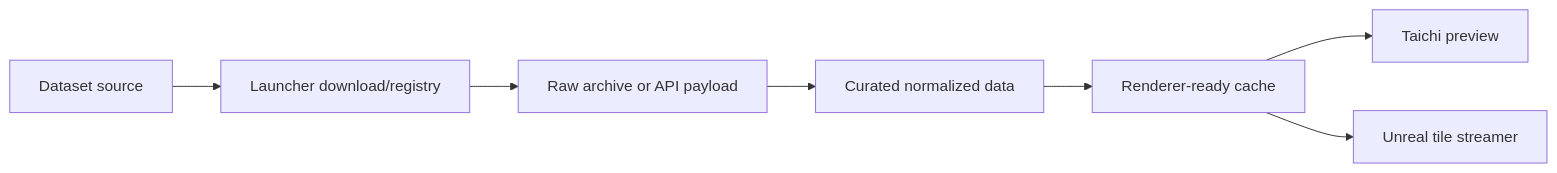
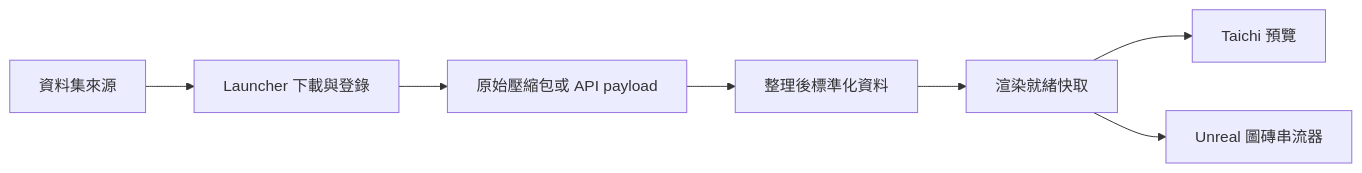
Before and after one commit to YanAnnLu/APIkeys_collection: the diagram in docs/appendices/render_frontends.zh-TW.md, drawn with Mermaid. The commit also changed 17 other files, not shown here.

````diff
--- a/docs/appendices/render_frontends.zh-TW.md
+++ b/docs/appendices/render_frontends.zh-TW.md
@@ -22,9 +22,9 @@
 ```mermaid
 flowchart LR
-    A[Dataset source] --> B[Launcher download/registry]
-    B --> C[Raw archive or API payload]
-    C --> D[Curated normalized data]
-    D --> E[Renderer-ready cache]
-    E --> F[Taichi preview]
-    E --> G[Unreal tile streamer]
+    A[資料集來源] --> B[Launcher 下載與登錄]
+    B --> C[原始壓縮包或 API payload]
+    C --> D[整理後標準化資料]
+    D --> E[渲染就緒快取]
+    E --> F[Taichi 預覽]
+    E --> G[Unreal 圖磚串流器]
 ```
````
